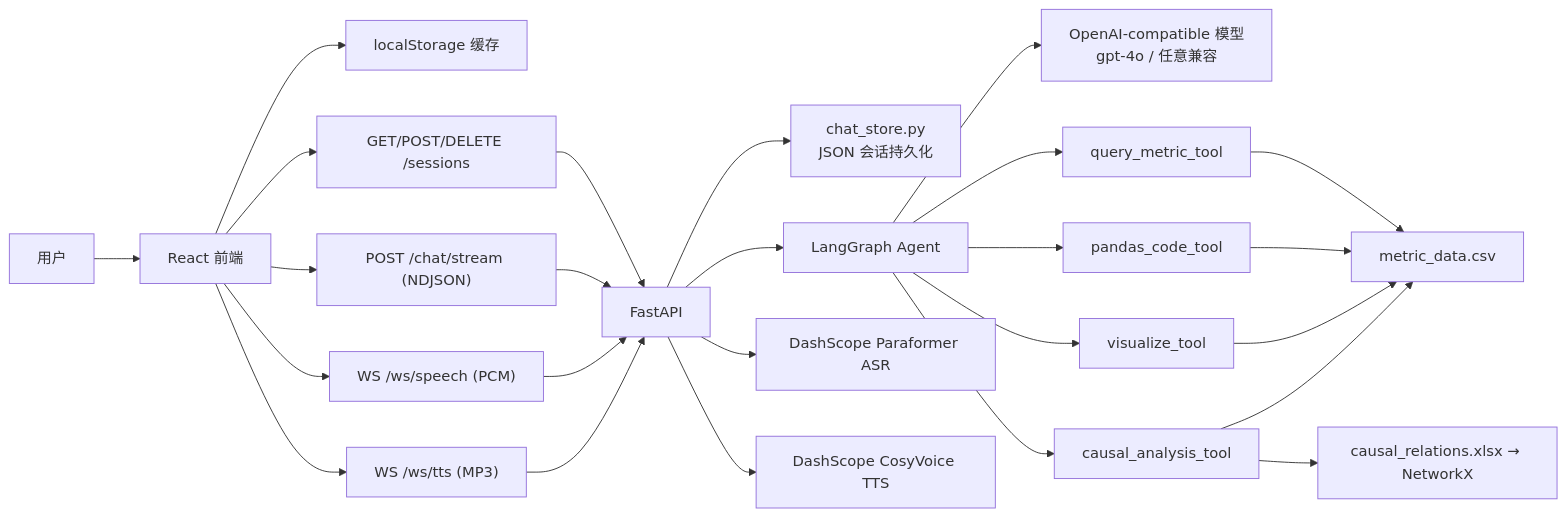
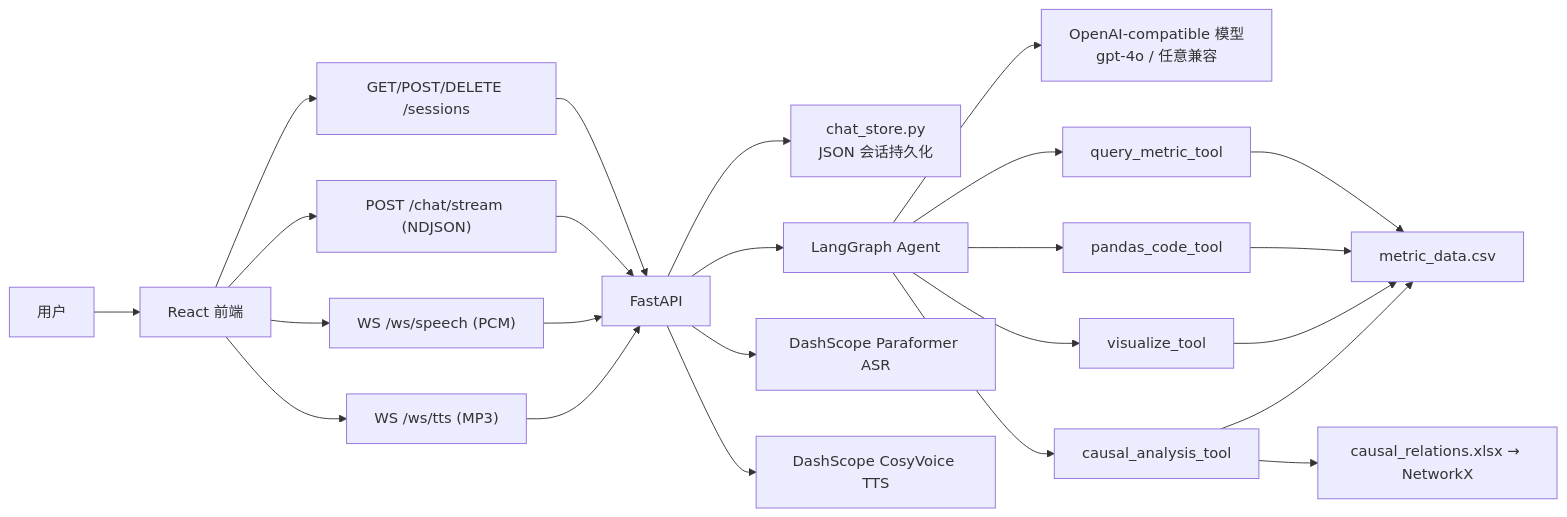
Before and after one commit to Ailoc/datamedic: the first of 10 diagrams in README.md, drawn with Mermaid. The commit also changed other lines of this file and 13 other files, not shown here.

````diff
--- a/README.md
+++ b/README.md
@@ -137,31 +137,30 @@
 ```mermaid
 flowchart LR
   User["用户"] --> UI["React 前端"]
-  UI --> LocalCache["localStorage 缓存"]
   UI --> Sessions["GET/POST/DELETE /sessions"]
   UI --> Chat["POST /chat/stream (NDJSON)"]
   UI --> Speech["WS /ws/speech (PCM)"]
   UI --> TTS["WS /ws/tts (MP3)"]
 
   Sessions --> API["FastAPI"]
   Chat --> API
   Speech --> API
   TTS --> API
 
   API --> Store["chat_store.py<br/>JSON 会话持久化"]
   API --> Agent["LangGraph Agent"]
   Agent --> LLM["OpenAI-compatible 模型<br/>gpt-4o / 任意兼容"]
   Agent --> Query["query_metric_tool"]
   Agent --> Pandas["pandas_code_tool"]
   Agent --> Viz["visualize_tool"]
   Agent --> Cause["causal_analysis_tool"]
 
   Query --> MetricData["metric_data.csv"]
   Pandas --> MetricData
   Viz --> MetricData
   Cause --> MetricData
   Cause --> Graph["causal_relations.xlsx → NetworkX"]
 
   API --> ASR["DashScope Paraformer ASR"]
   API --> Voice["DashScope CosyVoice TTS"]
 ```
````
